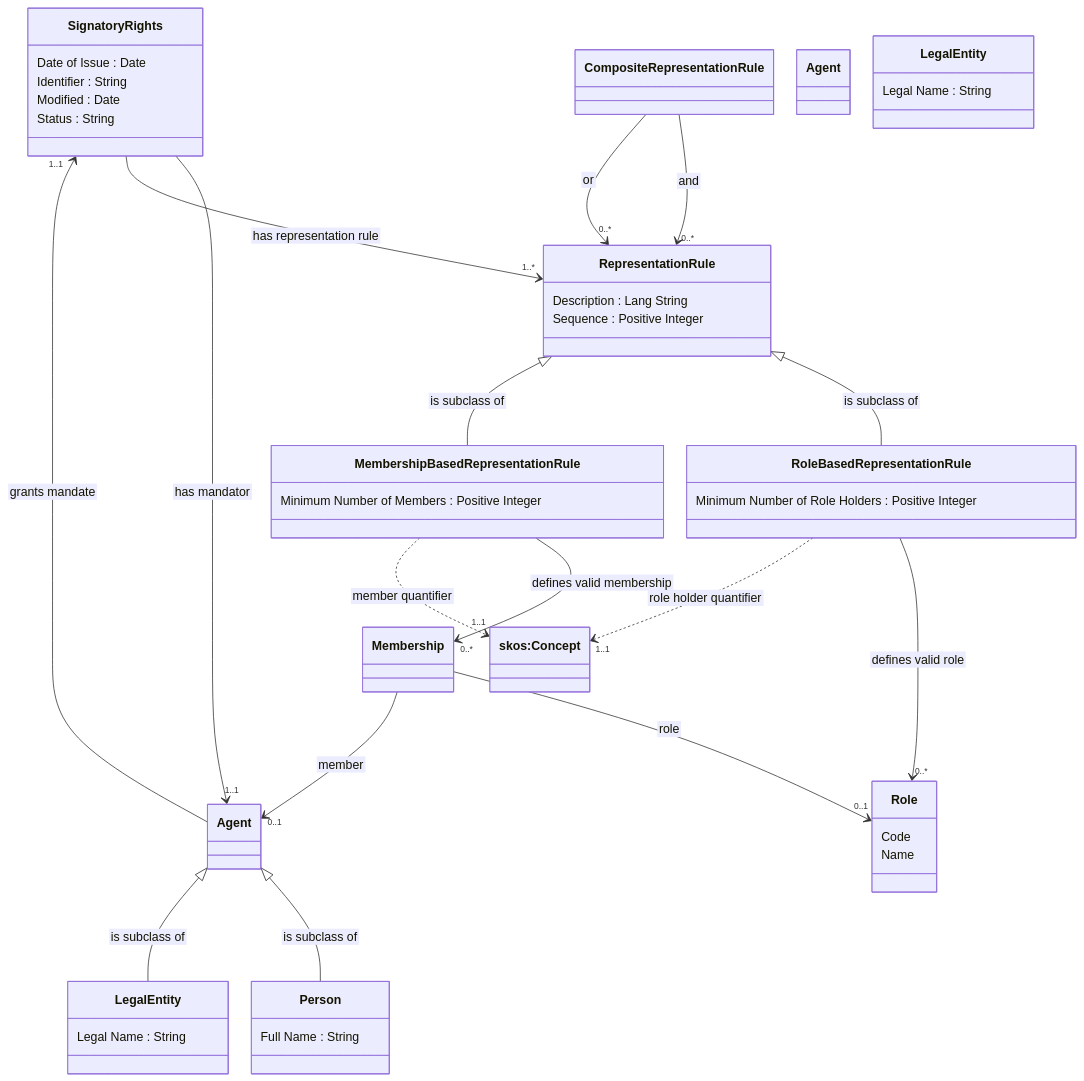
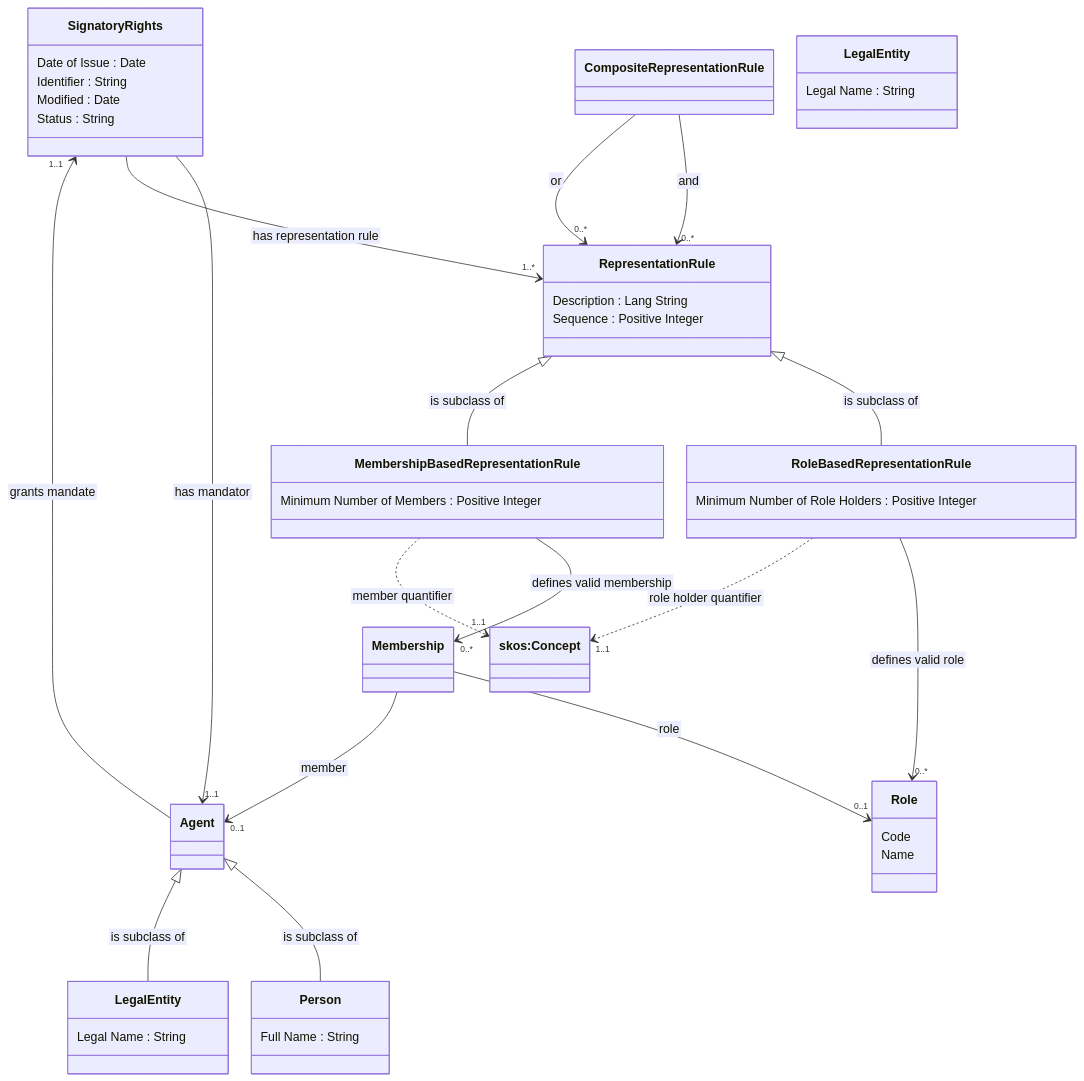
One commit to nordicsmartgovernment/Nordic-Signatory-Rights-Model changed the second of 2 diagrams in README.md. Above: the diagram before and after it, drawn with Mermaid.

````diff
--- a/README.md
+++ b/README.md
@@ -69,77 +69,74 @@
 ```mermaid
  %%{init:{'flowchart':{'nodeSpacing': 30, 'rankSpacing': 95, 'htmlLabels': false}}}%%
     classDiagram
         class Signatory Rights {
             Date of Issue : Date
             Identifier : String
             Modified : Date
             Status : String
         }
 
         Signatory Rights --> "1..1" AgentLegalEntity : has mandator
         Signatory Rights --> "1..*" Representation Rule : has representation rule
 
         class AgentLegalEntity["Agent"] {
         }
 
         class Legal Entity {
            Legal Name : String
         }
 
         AgentLegalEntity --> "1..1" Signatory Rights:grants mandate
 
         class Representation Rule {
            Description : Lang String
            Sequence : Positive Integer
         }
 
         class Role Based Representation Rule {
            Minimum Number of Role Holders : Positive Integer
         }
 
         Role Based Representation Rule --> "0..*" Role : defines valid role
         Role Based Representation Rule ..> "1..1" SKOSConcept : role holder quantifier
 
         class Membership Based Representation Rule {
            Minimum Number of Members : Positive Integer
         }
 
         Membership Based Representation Rule --> "0..*" Membership : defines valid membership
         Membership Based Representation Rule ..> "1..1" SKOSConcept : member quantifier
 
         class Composite Representation Rule {
         }
 
         Composite Representation Rule --> "0..*" Representation Rule : and
         Composite Representation Rule --> "0..*" Representation Rule : or
 
-        class Agent {
-        }
-
         class Role {
            Code
            Name
         }
 
         class Membership {
         }
 
         Membership --> "0..1" Role : role
         Membership --> "0..1" AgentLegalEntity : member
 
         class Person {
            Full Name : String
         }
 
         class Legal Entity Member["LegalEntity"] {
            Legal Name : String
         }
 
         class SKOSConcept["skos:Concept"] {
         }
 
         Representation Rule <|-- Role Based Representation Rule : is subclass of
         Representation Rule <|-- Membership Based Representation Rule : is subclass of
         AgentLegalEntity <|-- Person : is subclass of
         AgentLegalEntity <|-- Legal Entity : is subclass of
 ```
````
